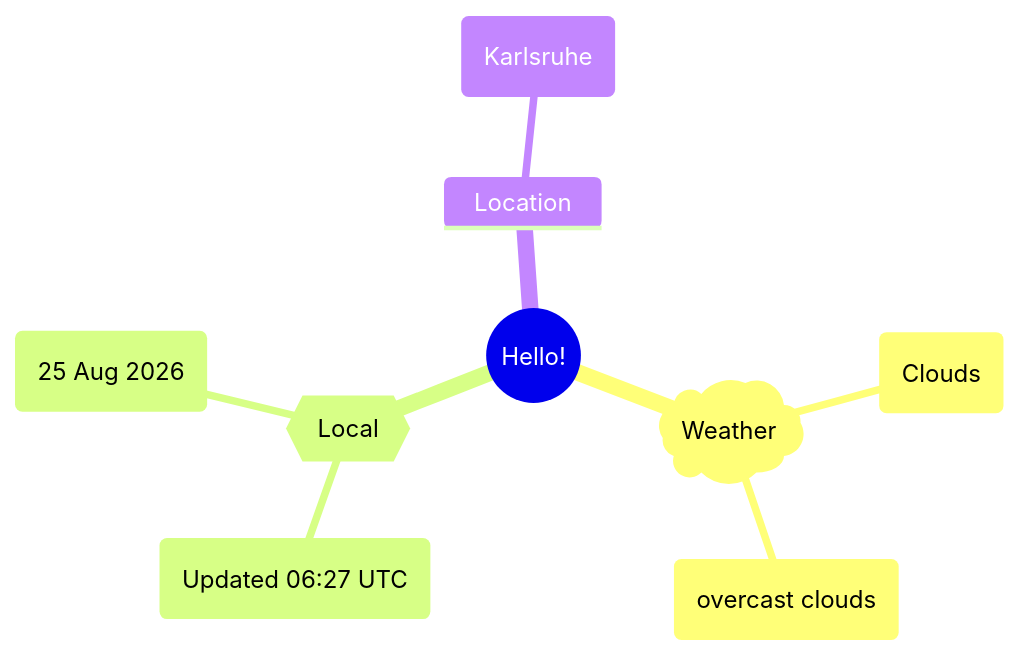
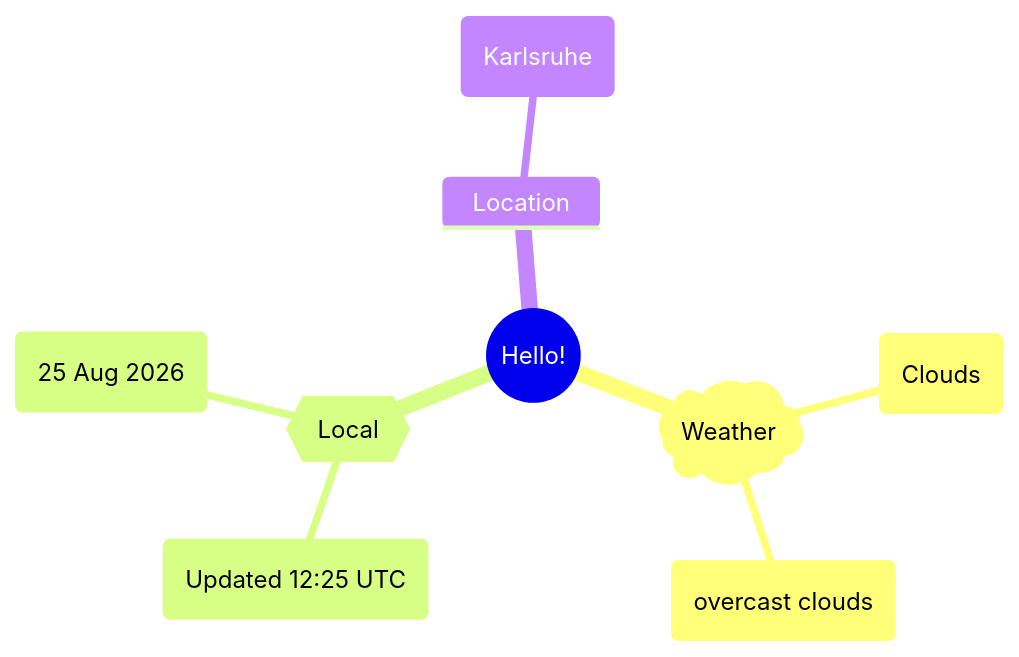
The first of 2 diagrams in README.md (Xosrov/Xosrov), drawn with Mermaid before and after one commit.

Commit message:
[bot] updated images

````diff
--- a/README.md
+++ b/README.md
@@ -3,12 +3,12 @@
 ```mermaid
 mindmap
   root((Hello!))
     )Weather(
         (Clouds)
         (overcast clouds)
     {{Local}}
-        (Updated 06:27 UTC)
+        (Updated 12:25 UTC)
         (25 Aug 2026)
     Location
         (Karlsruhe)
 ```
````
